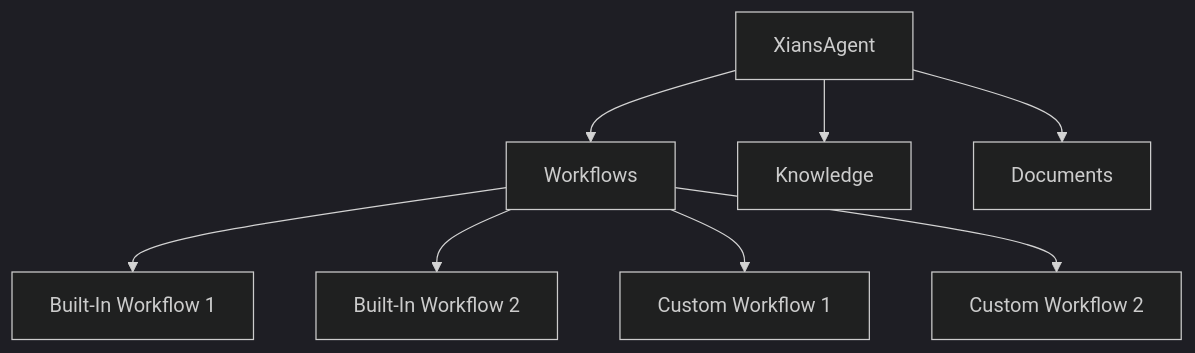
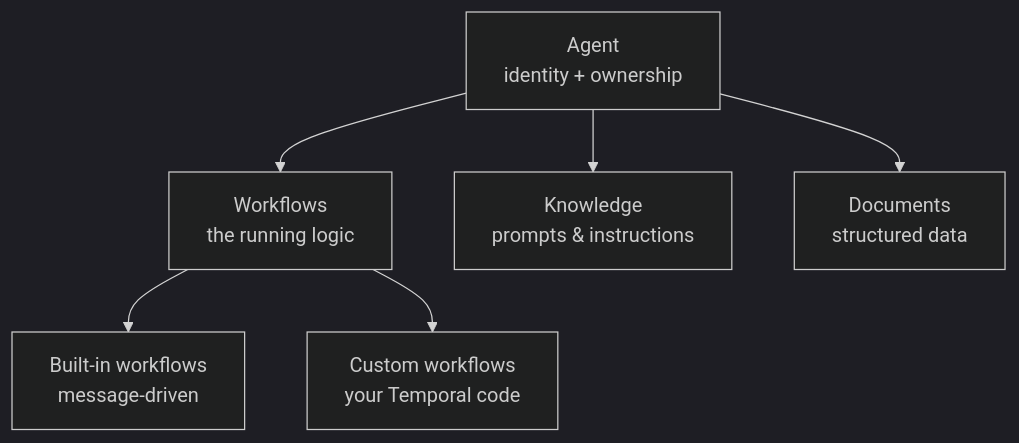
Before and after one commit to XiansAiPlatform/XiansAi.Docs: the diagram in docs/concepts/agents.md, drawn with Mermaid (dark theme). The commit also changed other lines of this file and 19 other files, not shown here.

````diff
--- a/docs/concepts/agents.md
+++ b/docs/concepts/agents.md
@@ -18,10 +7,8 @@
 ```mermaid
 graph TB
-    A[XiansAgent] --> B[Workflows]
-    A --> C[Knowledge]
-    A --> D[Documents]
-    B --> E[Built-In Workflow 1]
-    B --> F[Built-In Workflow 2]
-    B --> G[Custom Workflow 1]
-    B --> H[Custom Workflow 2]
+    A[Agent<br/>identity + ownership] --> B[Workflows<br/>the running logic]
+    A --> C[Knowledge<br/>prompts & instructions]
+    A --> D[Documents<br/>structured data]
+    B --> E[Built-in workflows<br/>message-driven]
+    B --> F[Custom workflows<br/>your Temporal code]
 ```
````
